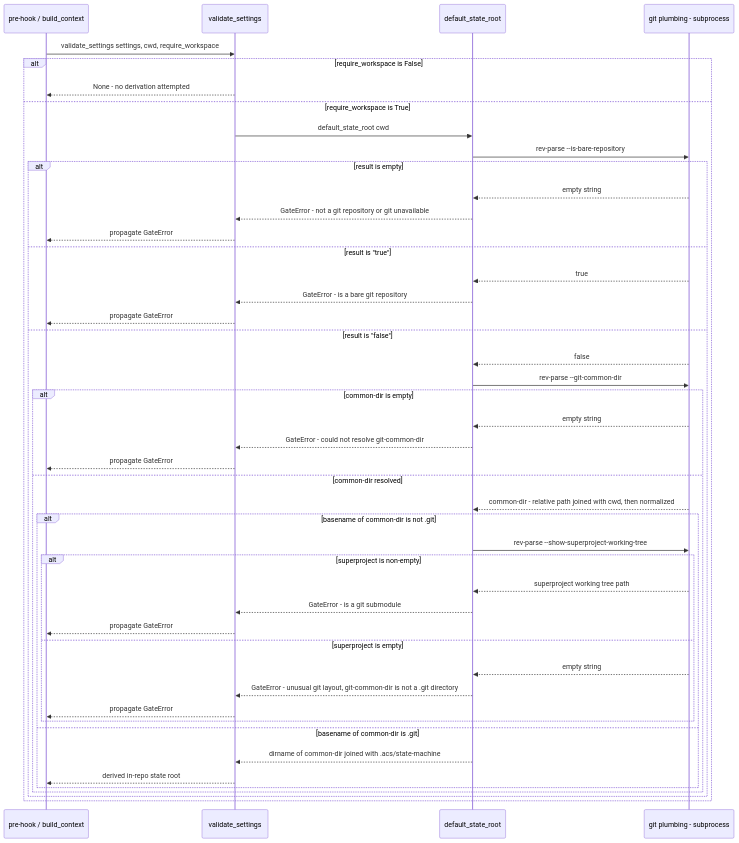
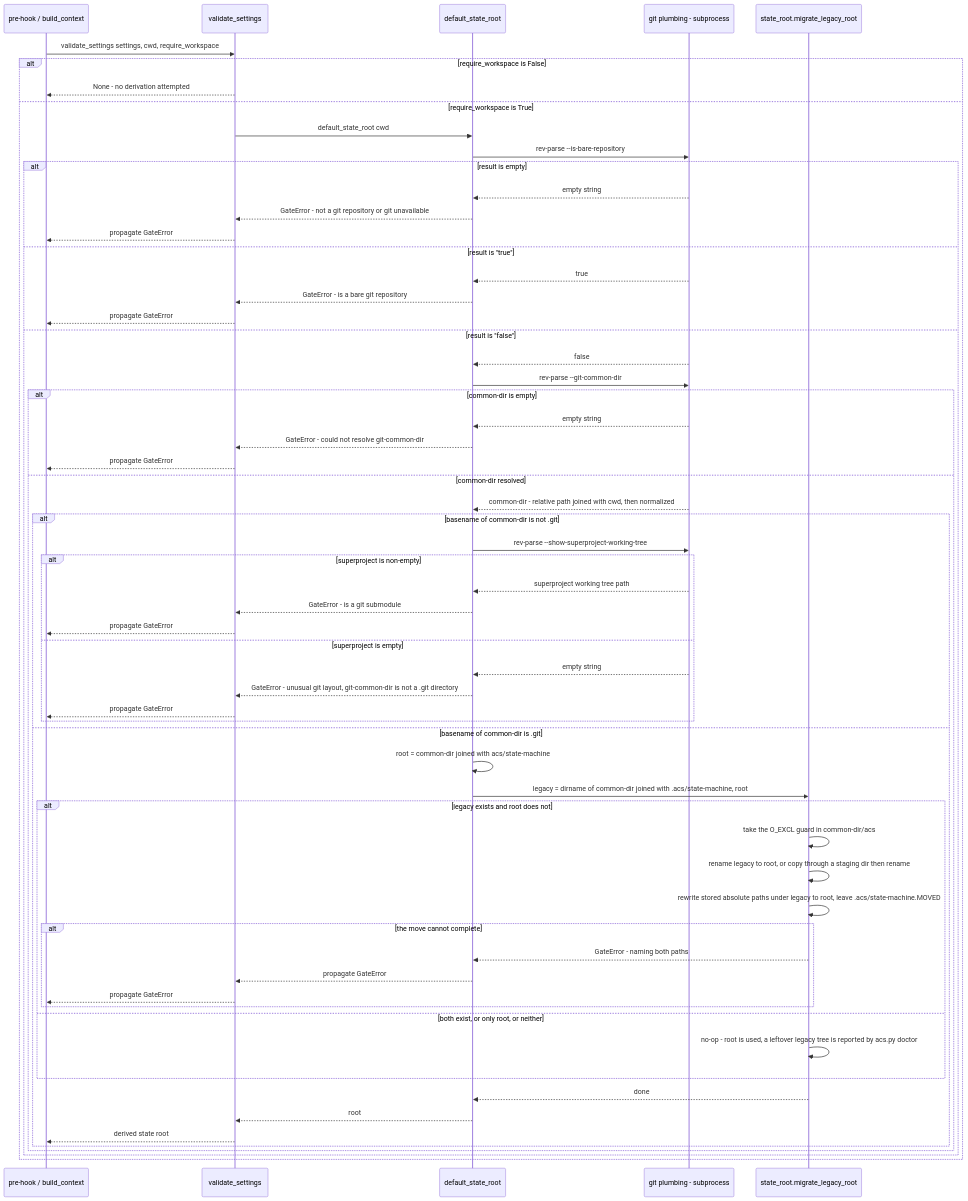
Before and after one commit to globalmindsolution/gms-marketplace: the diagram in docs/architecture/lld/flows/state-root-resolution.md, drawn with Mermaid. The commit also changed other lines of this file and 417 other files, not shown here.

First line of the commit message:
WIP: acs state in the git common dir; state writes through acs.py (in progress)

````diff
--- a/docs/architecture/lld/flows/state-root-resolution.md
+++ b/docs/architecture/lld/flows/state-root-resolution.md
@@ -17,49 +22,65 @@
 ```mermaid
 sequenceDiagram
     participant Caller as pre-hook / build_context
     participant VS as validate_settings
     participant DSR as default_state_root
     participant Git as git plumbing - subprocess
+    participant Mig as state_root.migrate_legacy_root
 
     Caller->>VS: validate_settings settings, cwd, require_workspace
     alt require_workspace is False
         VS-->>Caller: None - no derivation attempted
     else require_workspace is True
         VS->>DSR: default_state_root cwd
         DSR->>Git: rev-parse --is-bare-repository
         alt result is empty
             Git-->>DSR: empty string
             DSR-->>VS: GateError - not a git repository or git unavailable
             VS-->>Caller: propagate GateError
         else result is "true"
             Git-->>DSR: true
             DSR-->>VS: GateError - is a bare git repository
             VS-->>Caller: propagate GateError
         else result is "false"
             Git-->>DSR: false
             DSR->>Git: rev-parse --git-common-dir
             alt common-dir is empty
                 Git-->>DSR: empty string
                 DSR-->>VS: GateError - could not resolve git-common-dir
                 VS-->>Caller: propagate GateError
             else common-dir resolved
                 Git-->>DSR: common-dir - relative path joined with cwd, then normalized
                 alt basename of common-dir is not .git
                     DSR->>Git: rev-parse --show-superproject-working-tree
                     alt superproject is non-empty
                         Git-->>DSR: superproject working tree path
                         DSR-->>VS: GateError - is a git submodule
                         VS-->>Caller: propagate GateError
                     else superproject is empty
                         Git-->>DSR: empty string
                         DSR-->>VS: GateError - unusual git layout, git-common-dir is not a .git directory
                         VS-->>Caller: propagate GateError
                     end
                 else basename of common-dir is .git
-                    DSR-->>VS: dirname of common-dir joined with .acs/state-machine
-                    VS-->>Caller: derived in-repo state root
+                    DSR->>DSR: root = common-dir joined with acs/state-machine
+                    DSR->>Mig: legacy = dirname of common-dir joined with .acs/state-machine, root
+                    alt legacy exists and root does not
+                        Mig->>Mig: take the O_EXCL guard in common-dir/acs
+                        Mig->>Mig: rename legacy to root, or copy through a staging dir then rename
+                        Mig->>Mig: rewrite stored absolute paths under legacy to root, leave .acs/state-machine.MOVED
+                        alt the move cannot complete
+                            Mig-->>DSR: GateError - naming both paths
+                            DSR-->>VS: propagate GateError
+                            VS-->>Caller: propagate GateError
+                        end
+                    else both exist, or only root, or neither
+                        Mig->>Mig: no-op - root is used, a leftover legacy tree is reported by acs.py doctor
+                    end
+                    Mig-->>DSR: done
+                    DSR-->>VS: root
+                    VS-->>Caller: derived state root
                 end
             end
         end
     end
 ```
````
